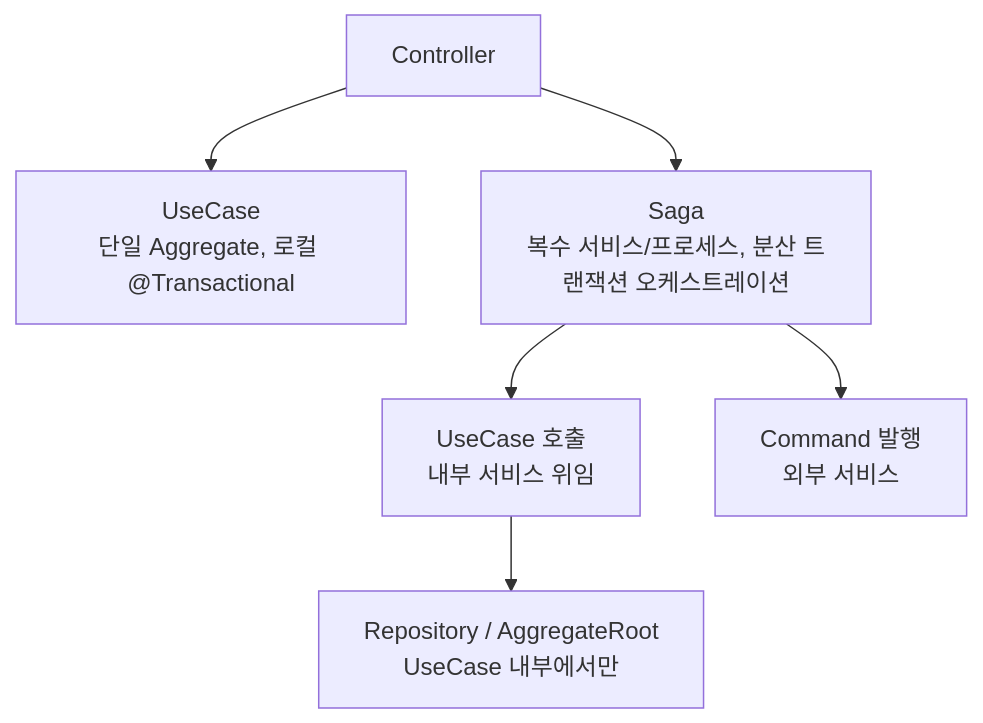
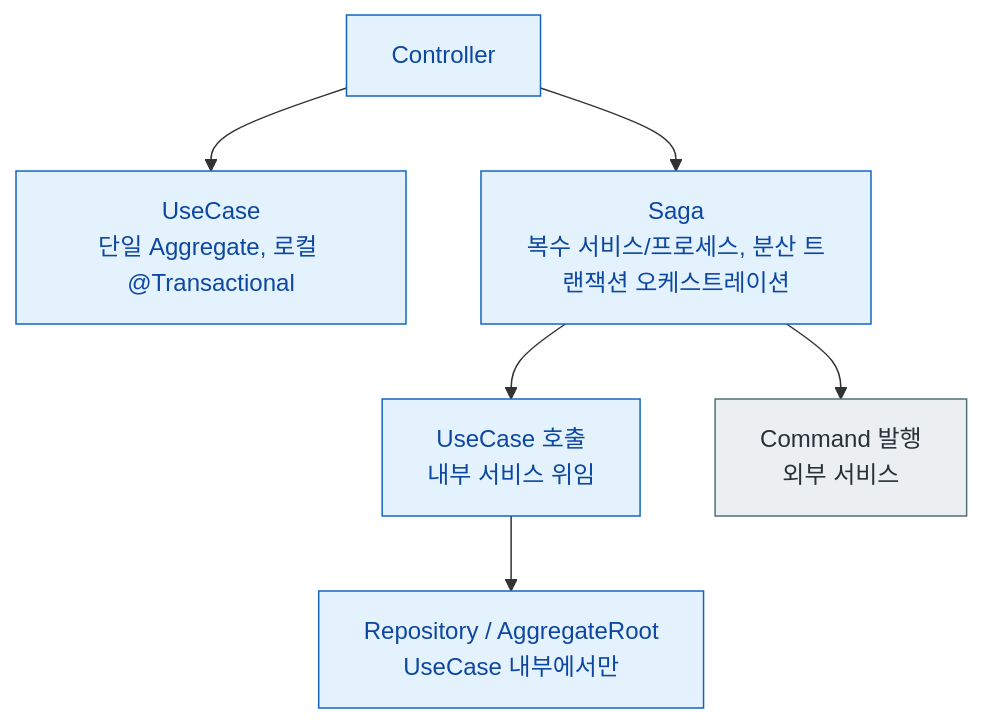
Before and after one commit to E5presso/spakky-framework: the first of 2 diagrams in docs/guides/saga.md, drawn with Mermaid. The commit also changed other lines of this file and 5 other files, not shown here.

````diff
--- a/docs/guides/saga.md
+++ b/docs/guides/saga.md
@@ -22,8 +24,18 @@
 ```mermaid
-flowchart TD
-  Controller["Controller"] --> UseCase["UseCase<br/>단일 Aggregate, 로컬 @Transactional"]
-  Controller --> Saga["Saga<br/>복수 서비스/프로세스, 분산 트랜잭션 오케스트레이션"]
-  Saga --> InternalUseCase["UseCase 호출<br/>내부 서비스 위임"]
-  Saga --> Command["Command 발행<br/>외부 서비스"]
-  InternalUseCase --> Repository["Repository / AggregateRoot<br/>UseCase 내부에서만"]
+graph TD
+  Controller["Controller"]:::app
+  UseCase["UseCase<br/>단일 Aggregate, 로컬 @Transactional"]:::app
+  Saga["Saga<br/>복수 서비스/프로세스, 분산 트랜잭션 오케스트레이션"]:::app
+  InternalUseCase["UseCase 호출<br/>내부 서비스 위임"]:::app
+  Command["Command 발행<br/>외부 서비스"]:::external
+  Repository["Repository / AggregateRoot<br/>UseCase 내부에서만"]:::app
+
+  Controller --> UseCase
+  Controller --> Saga
+  Saga --> InternalUseCase
+  Saga --> Command
+  InternalUseCase --> Repository
+
+  classDef app fill:#E3F2FD,stroke:#1565C0,color:#0D47A1
+  classDef external fill:#ECEFF1,stroke:#546E7A,color:#263238
 ```
````
